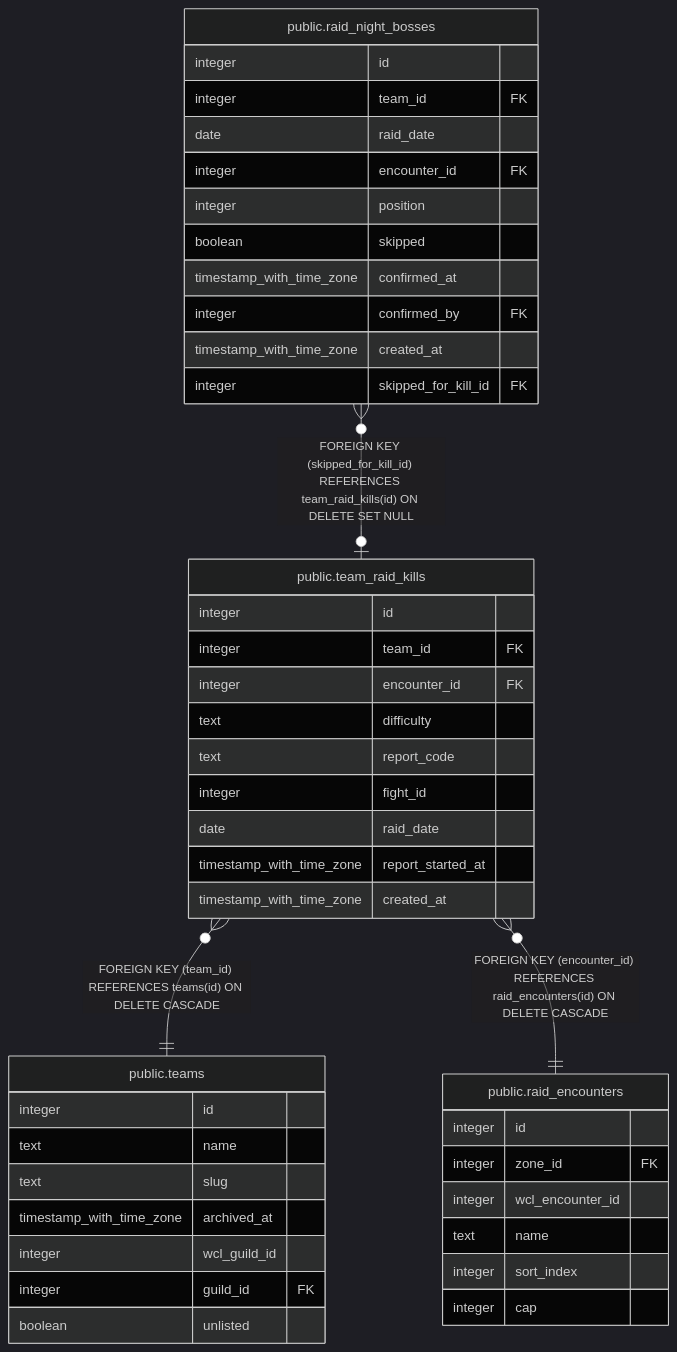
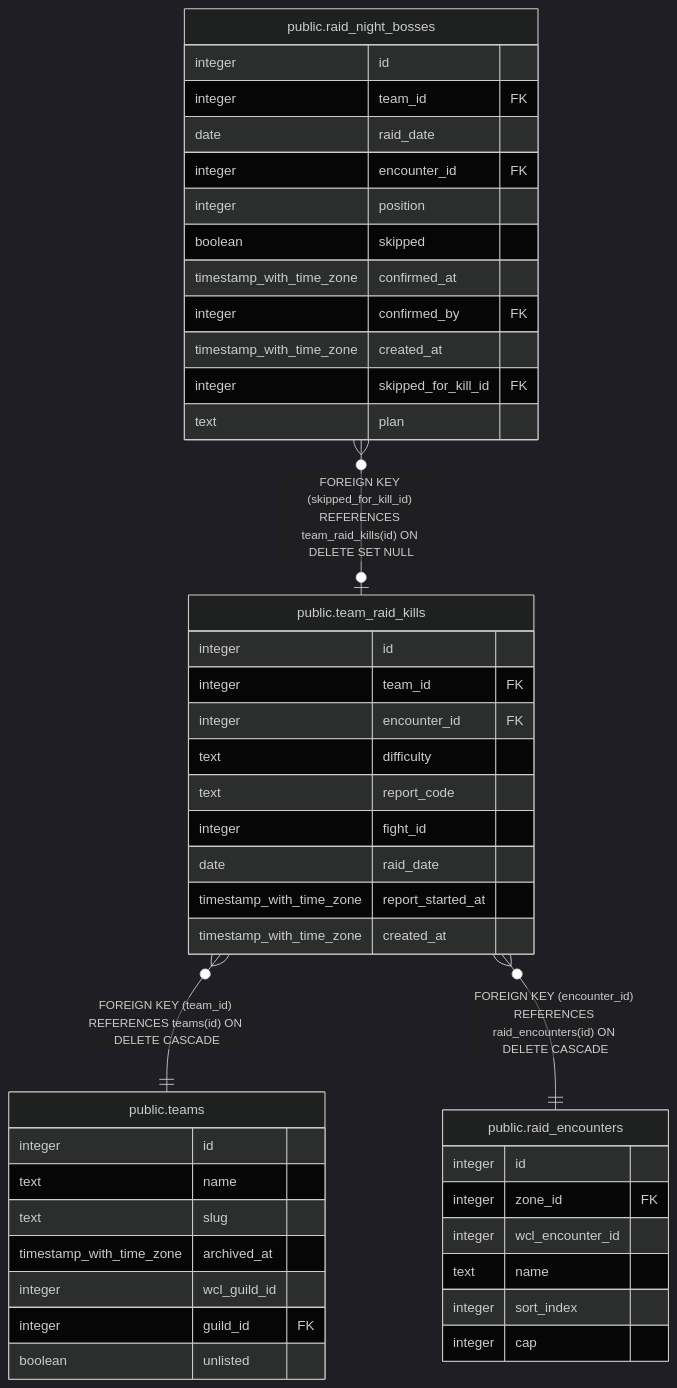
The diagram in dbdoc/public.team_raid_kills.md (katogaming88/WGA-Raid-Hub), drawn with Mermaid (dark theme) before and after one commit. The commit also changed 42 other files, not shown here.

````diff
--- a/dbdoc/public.team_raid_kills.md
+++ b/dbdoc/public.team_raid_kills.md
@@ -47,48 +47,49 @@
 ```mermaid
 erDiagram
 
 "public.raid_night_bosses" }o--o| "public.team_raid_kills" : "FOREIGN KEY (skipped_for_kill_id) REFERENCES team_raid_kills(id) ON DELETE SET NULL"
 "public.team_raid_kills" }o--|| "public.teams" : "FOREIGN KEY (team_id) REFERENCES teams(id) ON DELETE CASCADE"
 "public.team_raid_kills" }o--|| "public.raid_encounters" : "FOREIGN KEY (encounter_id) REFERENCES raid_encounters(id) ON DELETE CASCADE"
 
 "public.team_raid_kills" {
   integer id
   integer team_id FK
   integer encounter_id FK
   text difficulty
   text report_code
   integer fight_id
   date raid_date
   timestamp_with_time_zone report_started_at
   timestamp_with_time_zone created_at
 }
 "public.raid_night_bosses" {
   integer id
   integer team_id FK
   date raid_date
   integer encounter_id FK
   integer position
   boolean skipped
   timestamp_with_time_zone confirmed_at
   integer confirmed_by FK
   timestamp_with_time_zone created_at
   integer skipped_for_kill_id FK
+  text plan
 }
 "public.teams" {
   integer id
   text name
   text slug
   timestamp_with_time_zone archived_at
   integer wcl_guild_id
   integer guild_id FK
   boolean unlisted
 }
 "public.raid_encounters" {
   integer id
   integer zone_id FK
   integer wcl_encounter_id
   text name
   integer sort_index
   integer cap
 }
 ```
````
